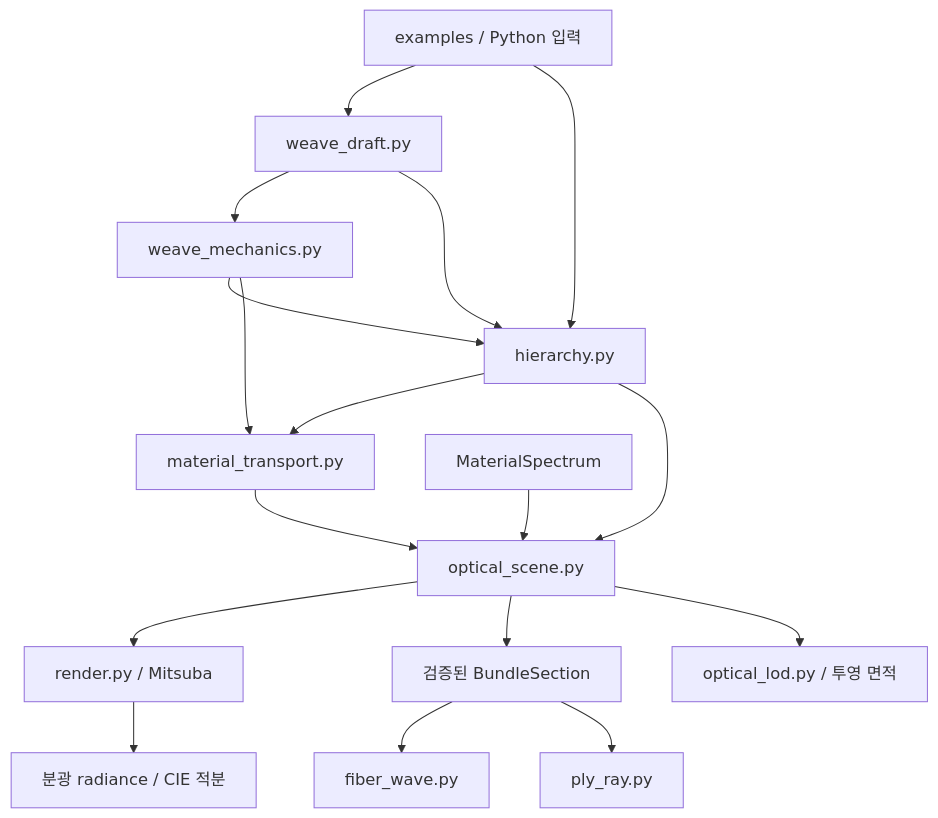
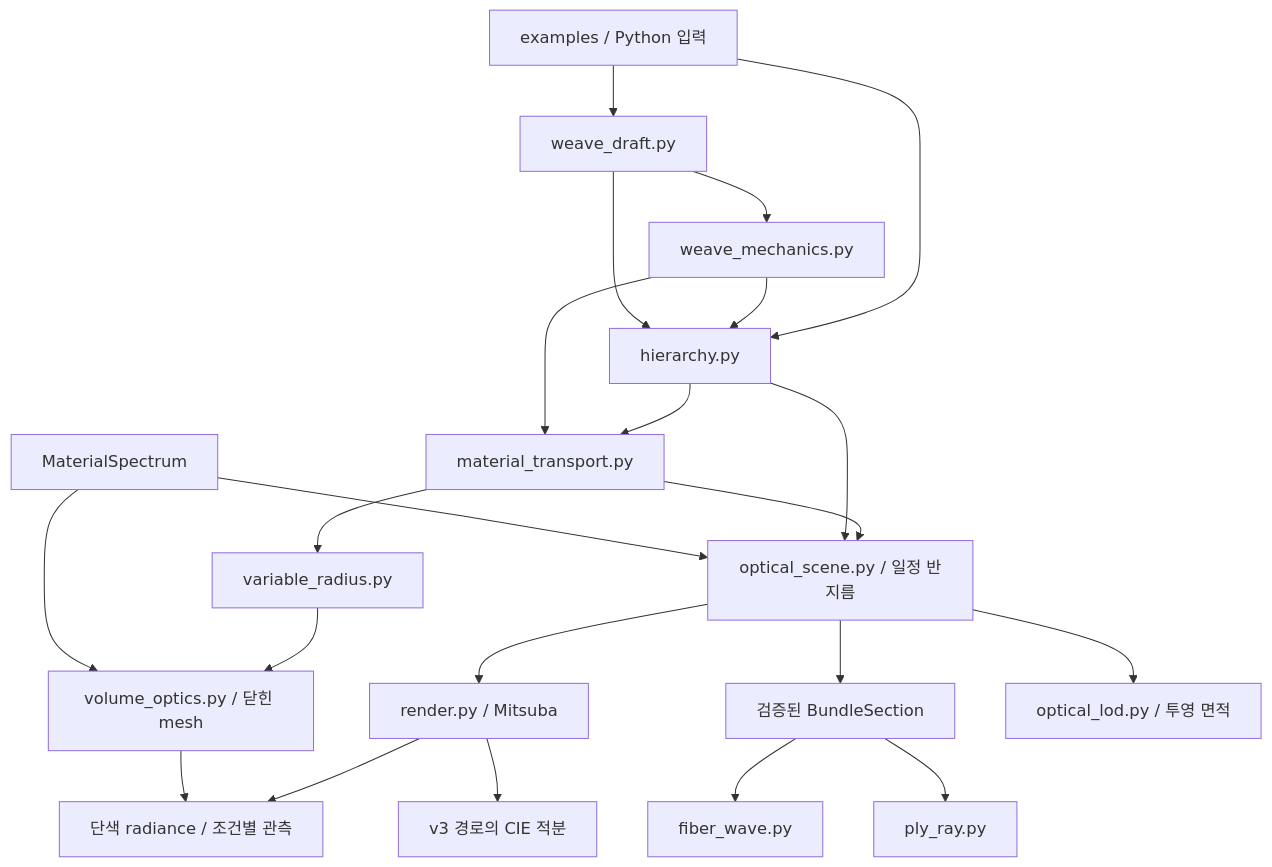
One commit to oparis145/textile-appearance-research- changed the diagram in docs/ARCHITECTURE.md. Above: the diagram before and after it, drawn with Mermaid. The commit also changed other lines of this file and 14 other files, not shown here.

````diff
--- a/docs/ARCHITECTURE.md
+++ b/docs/ARCHITECTURE.md
@@ -19,19 +19,24 @@
 ```mermaid
 flowchart TD
     E["examples / Python 입력"] --> D["weave_draft.py"]
     E --> H["hierarchy.py"]
     D --> B["weave_mechanics.py"]
     B --> H
     D --> H
     H --> T["material_transport.py"]
     B --> T
-    T --> S["optical_scene.py"]
-    H --> S["optical_scene.py"]
+    T --> S["optical_scene.py / 일정 반지름"]
+    T --> V["variable_radius.py"]
+    V --> O["volume_optics.py / 닫힌 mesh"]
+    H --> S
     P["MaterialSpectrum"] --> S
+    P --> O
     S --> M["render.py / Mitsuba"]
     S --> X["검증된 BundleSection"]
     X --> W["fiber_wave.py"]
     X --> R["ply_ray.py"]
     S --> Q["optical_lod.py / 투영 면적"]
-    M --> C["분광 radiance / CIE 적분"]
+    M --> C["단색 radiance / 조건별 관측"]
+    O --> C
+    M --> I["v3 경로의 CIE 적분"]
 ```
````
